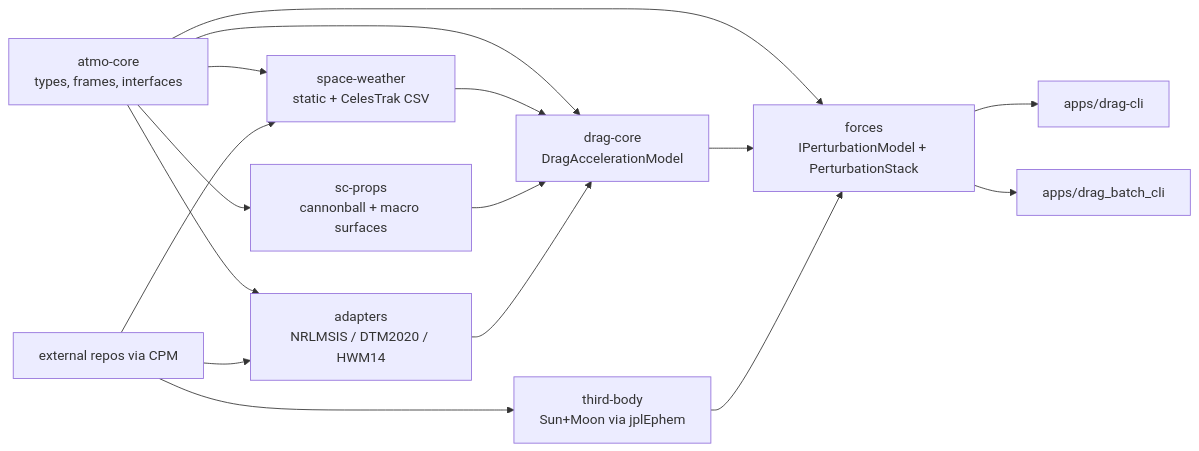
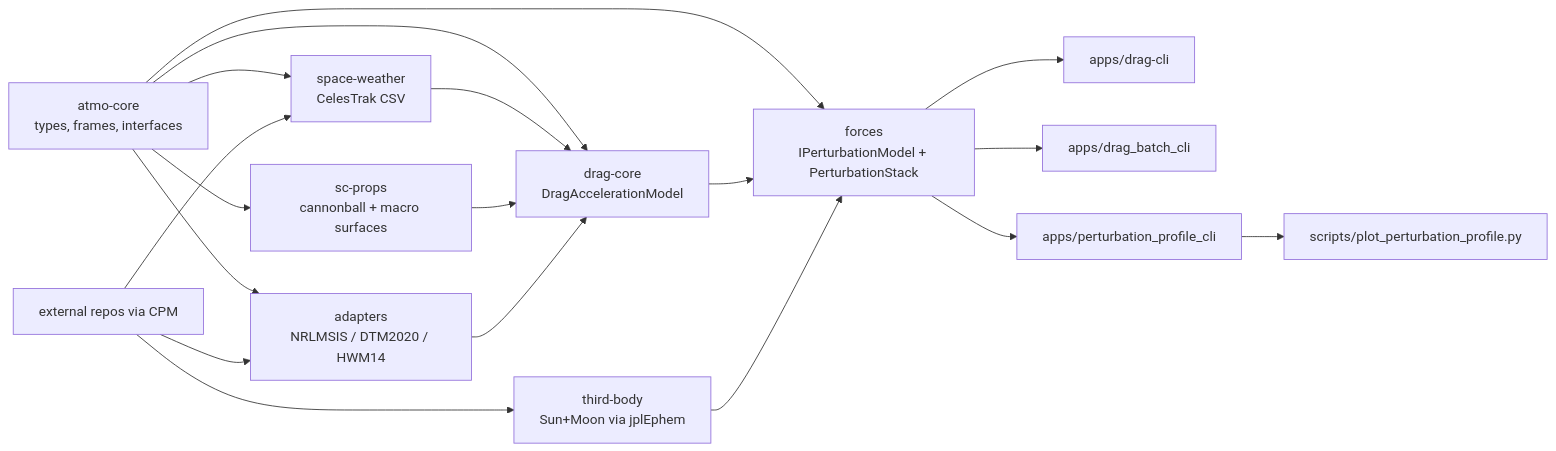
One commit to watsonryan/astroforces changed the diagram in README.md. Above: the diagram before and after it, drawn with Mermaid. The commit also changed other lines of this file and 4 other files, not shown here.

Commit message:
document per-component perturbation profiling flow

````diff
--- a/README.md
+++ b/README.md
@@ -6,18 +6,20 @@
 ```mermaid
 flowchart LR
-  A[atmo-core<br/>types, frames, interfaces] --> B[space-weather<br/>static + CelesTrak CSV]
+  A[atmo-core<br/>types, frames, interfaces] --> B[space-weather<br/>CelesTrak CSV]
   A --> C[sc-props<br/>cannonball + macro surfaces]
   A --> D[adapters<br/>NRLMSIS / DTM2020 / HWM14]
   A --> E[drag-core<br/>DragAccelerationModel]
   A --> F[forces<br/>IPerturbationModel + PerturbationStack]
   B --> E
   C --> E
   D --> E
   E --> F
   T[third-body<br/>Sun+Moon via jplEphem] --> F
   F --> G[apps/drag-cli]
   F --> H[apps/drag_batch_cli]
+  F --> P[apps/perturbation_profile_cli]
+  P --> Q[scripts/plot_perturbation_profile.py]
   I[external repos via CPM] --> D
   I --> T
   I --> B
 ```
````
